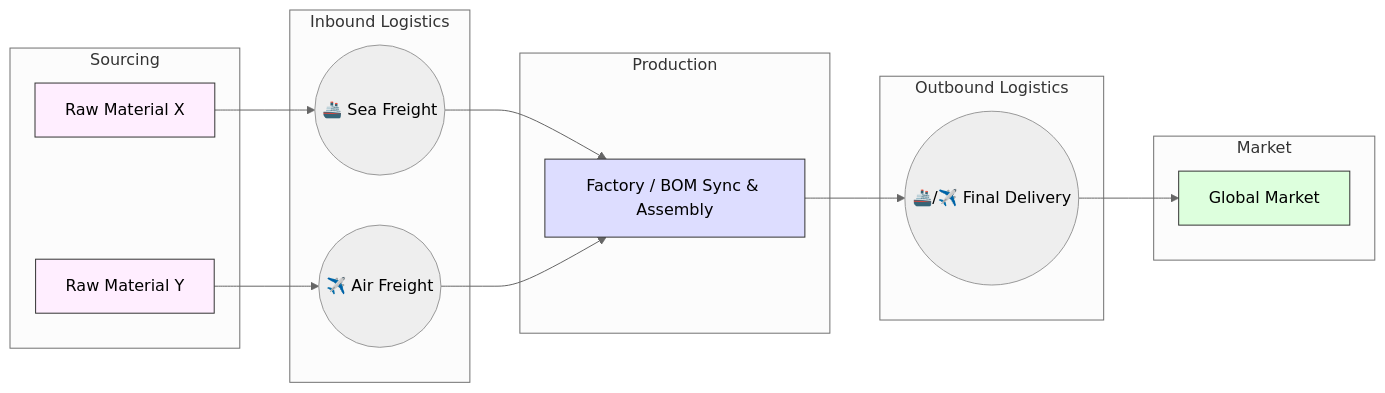
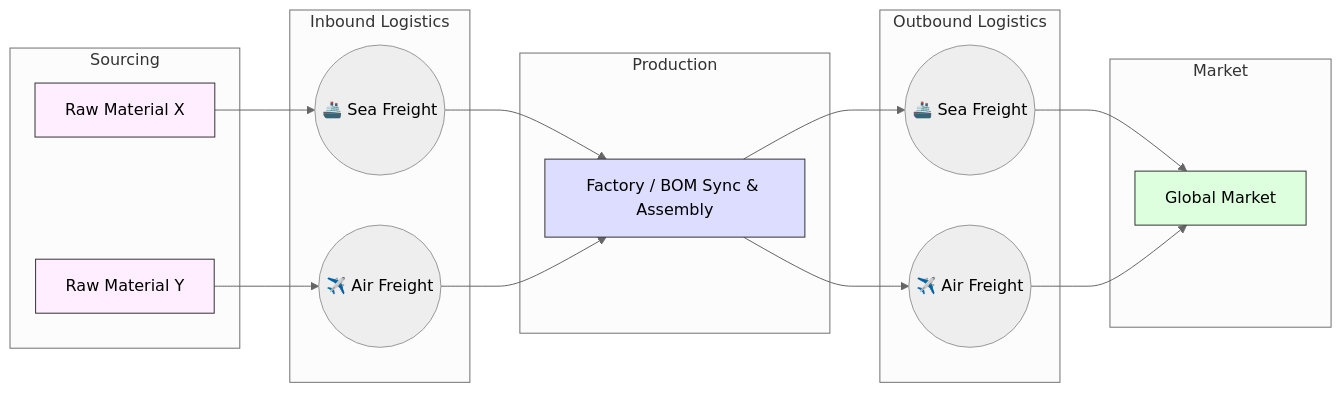
The first of 3 diagrams in README.md (miumigy/gsctycn), drawn with Mermaid (neutral theme) before and after one commit. The commit also changed 1 other file, not shown here.

Commit message:
docs: split Outbound Logistics into Air and Sea in Mermaid diagrams

````diff
--- a/README.md
+++ b/README.md
@@ -14,36 +14,39 @@
 ```mermaid
 graph LR
     subgraph Sourcing ["Sourcing"]
         RM1[Raw Material X]
         RM2[Raw Material Y]
     end
 
     subgraph Inbound ["Inbound Logistics"]
         Air((✈️ Air Freight))
         Sea((🚢 Sea Freight))
     end
 
     subgraph Production ["Production"]
         Fact[Factory / BOM Sync & Assembly]
     end
 
     subgraph Outbound ["Outbound Logistics"]
-        Delivery((🚢/✈️ Final Delivery))
+        Air2((✈️ Air Freight))
+        Sea2((🚢 Sea Freight))
     end
 
     subgraph Distribution ["Market"]
         Mkt[Global Market]
     end
 
     RM1 --> Sea
     RM2 --> Air
     Sea --> Fact
     Air --> Fact
-    Fact --> Delivery
-    Delivery --> Mkt
+    Fact --> Sea2
+    Fact --> Air2
+    Sea2 --> Mkt
+    Air2 --> Mkt
 
     style RM1 fill:#fef,stroke:#333
     style RM2 fill:#fef,stroke:#333
     style Fact fill:#ddf,stroke:#333
     style Mkt fill:#dfd,stroke:#333
 ```
````
